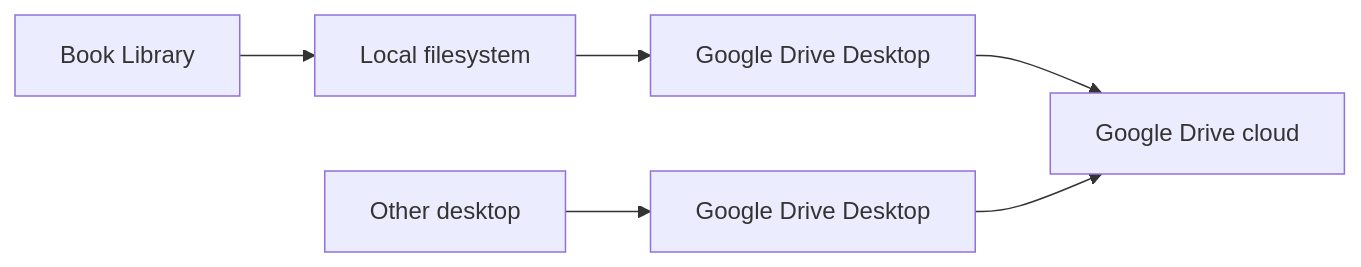
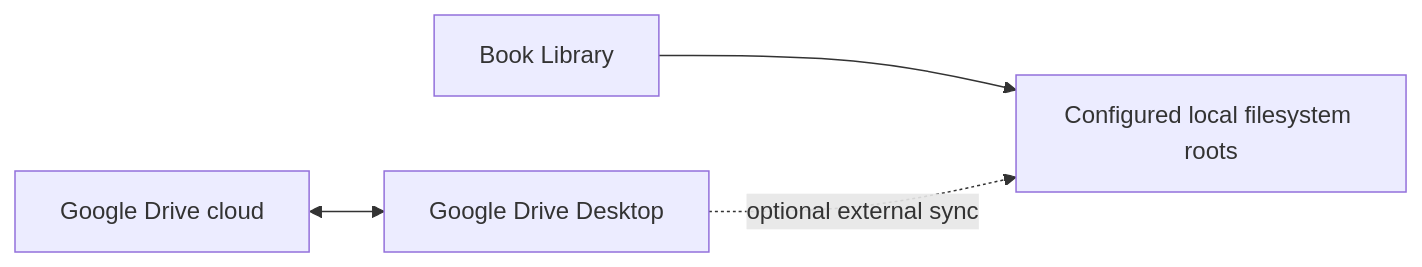
The diagram in docs/adr/ADR-002-google-drive-desktop.md (vuthanhdat/book-library), drawn with Mermaid before and after one commit. The commit also changed other lines of this file, not shown here.

Commit message:
docs: standardize Google Drive decision record

````diff
--- a/docs/adr/ADR-002-google-drive-desktop.md
+++ b/docs/adr/ADR-002-google-drive-desktop.md
@@ -42,8 +43,6 @@
 ```mermaid
 flowchart LR
-    BookLibrary["Book Library"] --> LocalFS["Local filesystem"]
-    LocalFS --> DriveDesktop["Google Drive Desktop"]
-    DriveDesktop --> GoogleCloud["Google Drive cloud"]
-    OtherDevice["Other desktop"] --> DriveDesktop2["Google Drive Desktop"]
-    DriveDesktop2 --> GoogleCloud
+    App["Book Library"] --> LocalFS["Configured local filesystem roots"]
+    Drive["Google Drive Desktop"] -. optional external sync .-> LocalFS
+    Cloud["Google Drive cloud"] <--> Drive
 ```
````
